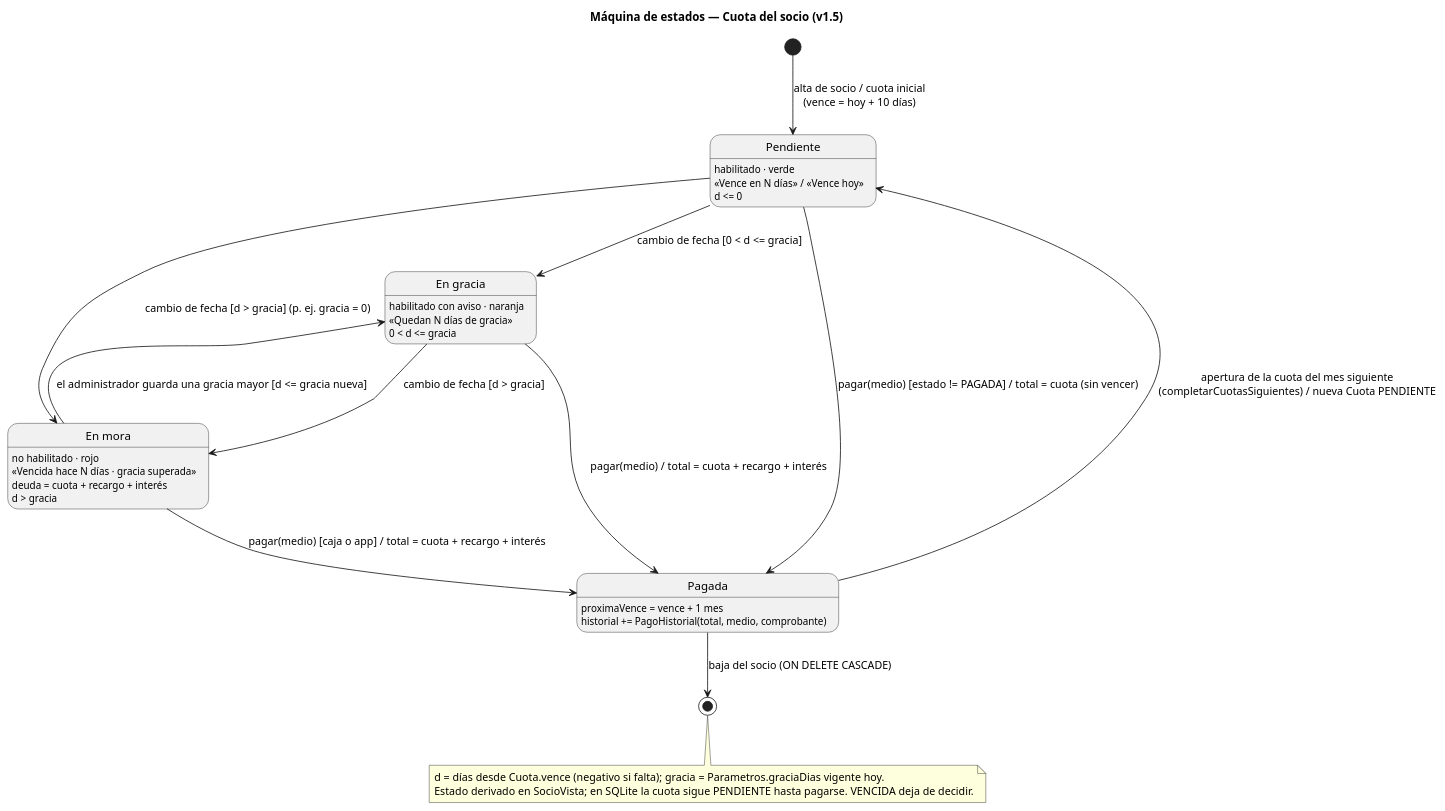
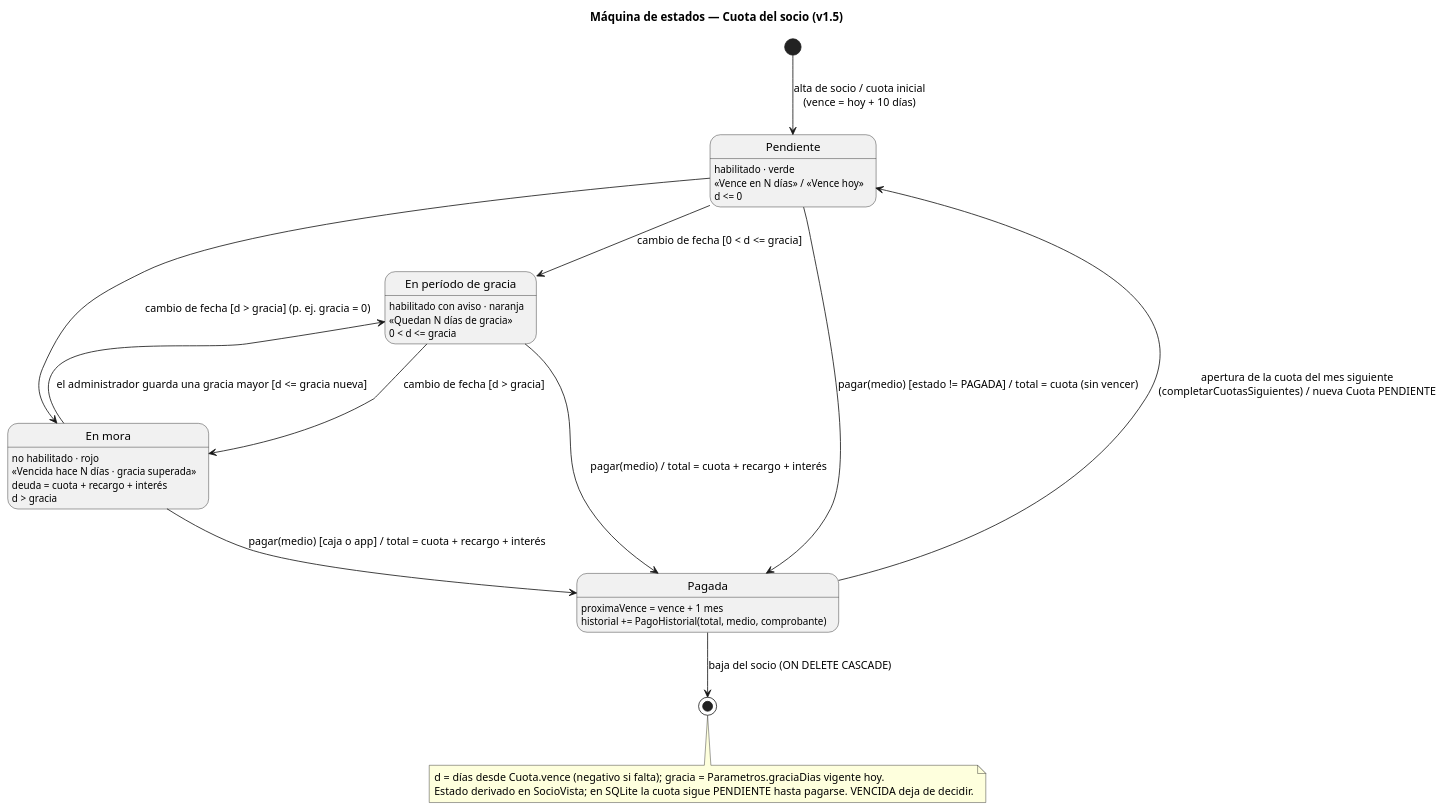
The diagram in doc/casos-de-uso/diagramas/07_estados_cuota.puml (LeandroReneMussi/Club_Deportivo_APK), drawn with PlantUML before and after one commit. The commit also changed 26 other files, not shown here.

First line of the commit message:
Carnet con formato de tarjeta, pantalla QR de ingreso y "En período de gracia"

```diff
--- a/doc/casos-de-uso/diagramas/07_estados_cuota.puml
+++ b/doc/casos-de-uso/diagramas/07_estados_cuota.puml
@@ -1,21 +1,21 @@
 @startuml 07_estados_cuota
 title Máquina de estados — Cuota del socio (v1.5)
 [*] --> Pendiente : alta de socio / cuota inicial\n(vence = hoy + 10 días)
 state Pendiente : habilitado · verde\n«Vence en N días» / «Vence hoy»\nd <= 0
-state "En gracia" as Gracia : habilitado con aviso · naranja\n«Quedan N días de gracia»\n0 < d <= gracia
+state "En período de gracia" as Gracia : habilitado con aviso · naranja\n«Quedan N días de gracia»\n0 < d <= gracia
 state "En mora" as Mora : no habilitado · rojo\n«Vencida hace N días · gracia superada»\ndeuda = cuota + recargo + interés\nd > gracia
 state Pagada : proximaVence = vence + 1 mes\nhistorial += PagoHistorial(total, medio, comprobante)
 Pendiente --> Gracia : cambio de fecha [0 < d <= gracia]
 Pendiente --> Mora : cambio de fecha [d > gracia] (p. ej. gracia = 0)
 Gracia --> Mora : cambio de fecha [d > gracia]
 Mora --> Gracia : el administrador guarda una gracia mayor [d <= gracia nueva]
 Pendiente --> Pagada : pagar(medio) [estado != PAGADA] / total = cuota (sin vencer)
 Gracia --> Pagada : pagar(medio) / total = cuota + recargo + interés
 Mora --> Pagada : pagar(medio) [caja o app] / total = cuota + recargo + interés
 Pagada --> Pendiente : apertura de la cuota del mes siguiente\n(completarCuotasSiguientes) / nueva Cuota PENDIENTE
 Pagada --> [*] : baja del socio (ON DELETE CASCADE)
 note bottom
   d = días desde Cuota.vence (negativo si falta); gracia = Parametros.graciaDias vigente hoy.
   Estado derivado en SocioVista; en SQLite la cuota sigue PENDIENTE hasta pagarse. VENCIDA deja de decidir.
 end note
 @enduml
```
